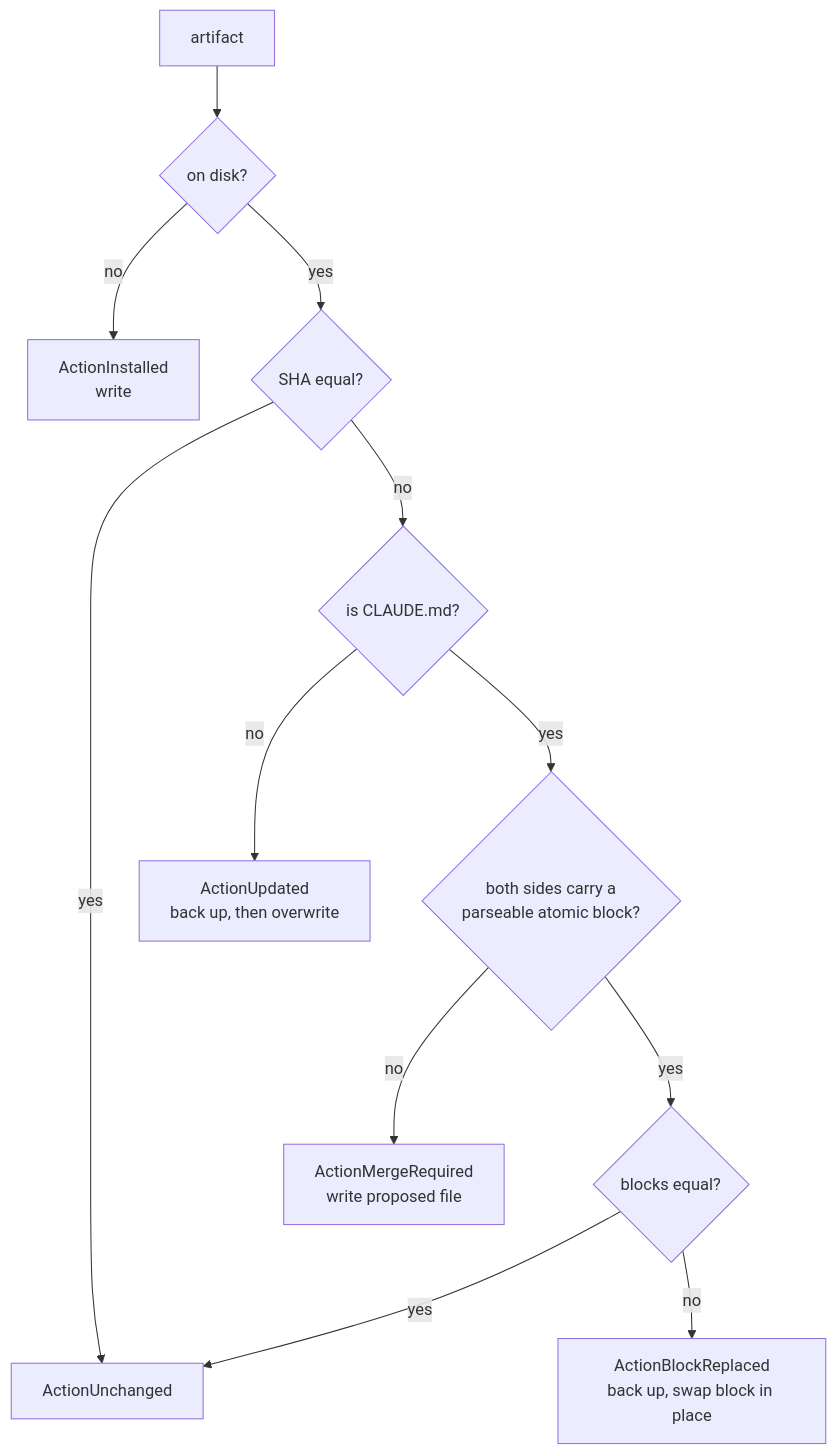
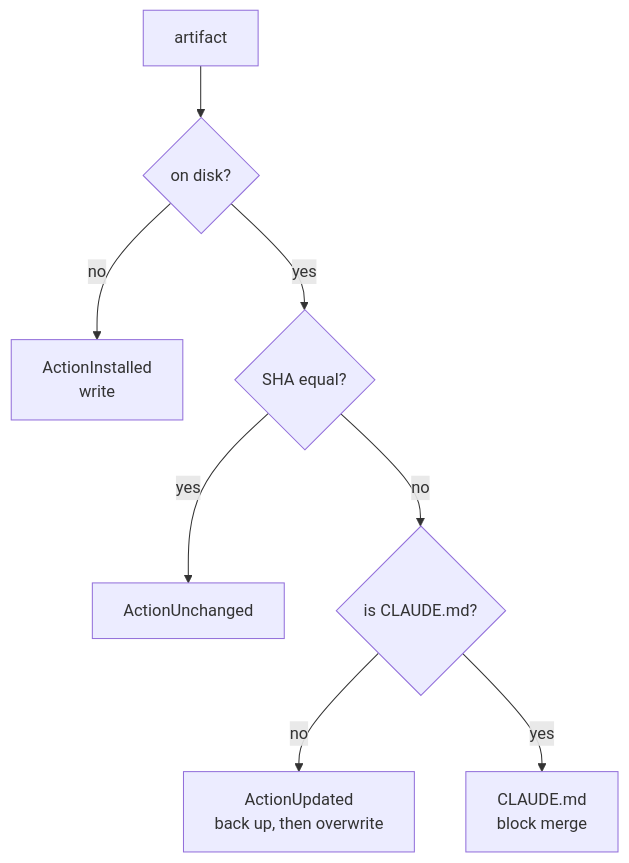
Before and after one commit to damusix/atomic-claude: the third of 4 diagrams in docs/wiki/bundle.md, drawn with Mermaid. The commit also changed other lines of this file and 11 other files, not shown here.

````diff
--- a/docs/wiki/bundle.md
+++ b/docs/wiki/bundle.md
@@ -110,14 +134,10 @@
 ```mermaid
 flowchart TD
     A["artifact"] --> B{"on disk?"}
     B -->|no| I["ActionInstalled<br/>write"]
     B -->|yes| C{"SHA equal?"}
     C -->|yes| U["ActionUnchanged"]
     C -->|no| D{"is CLAUDE.md?"}
     D -->|no| UP["ActionUpdated<br/>back up, then overwrite"]
-    D -->|yes| E{"both sides carry a<br/>parseable atomic block?"}
-    E -->|no| MR["ActionMergeRequired<br/>write proposed file"]
-    E -->|yes| F{"blocks equal?"}
-    F -->|yes| U
-    F -->|no| BR["ActionBlockReplaced<br/>back up, swap block in place"]
+    D -->|yes| M["CLAUDE.md<br/>block merge"]
 ```
````
